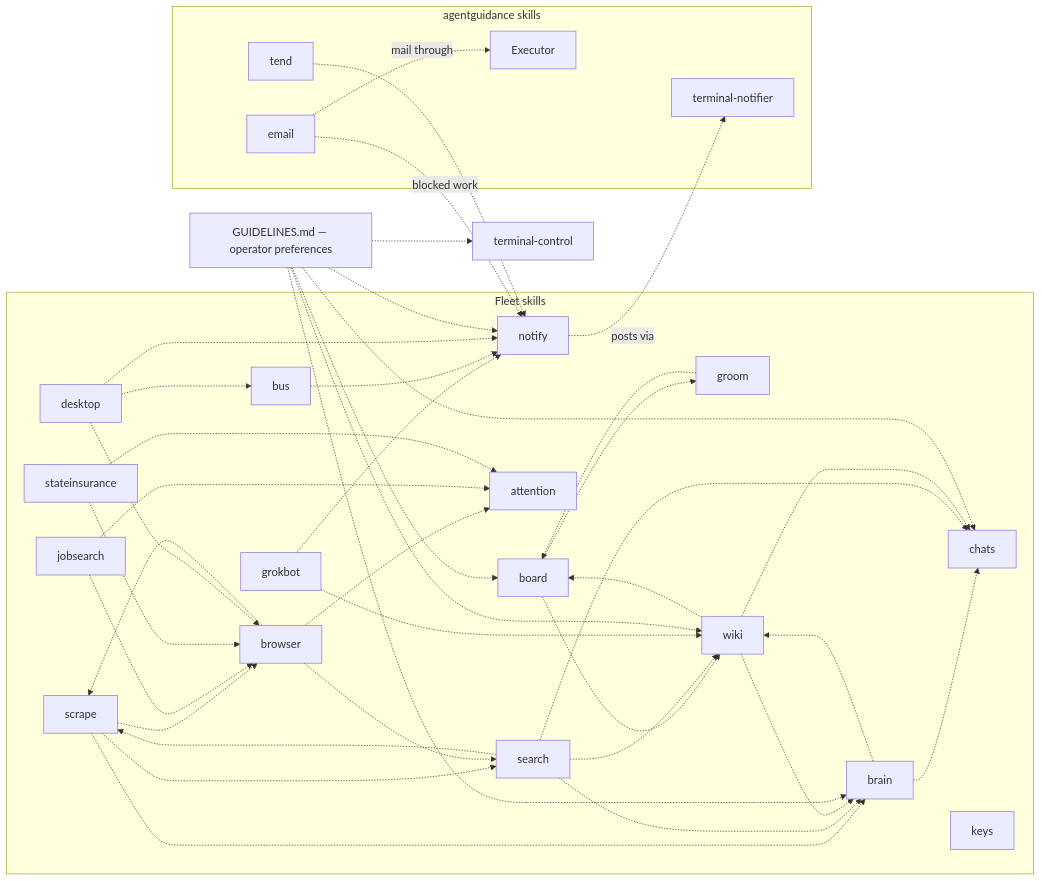
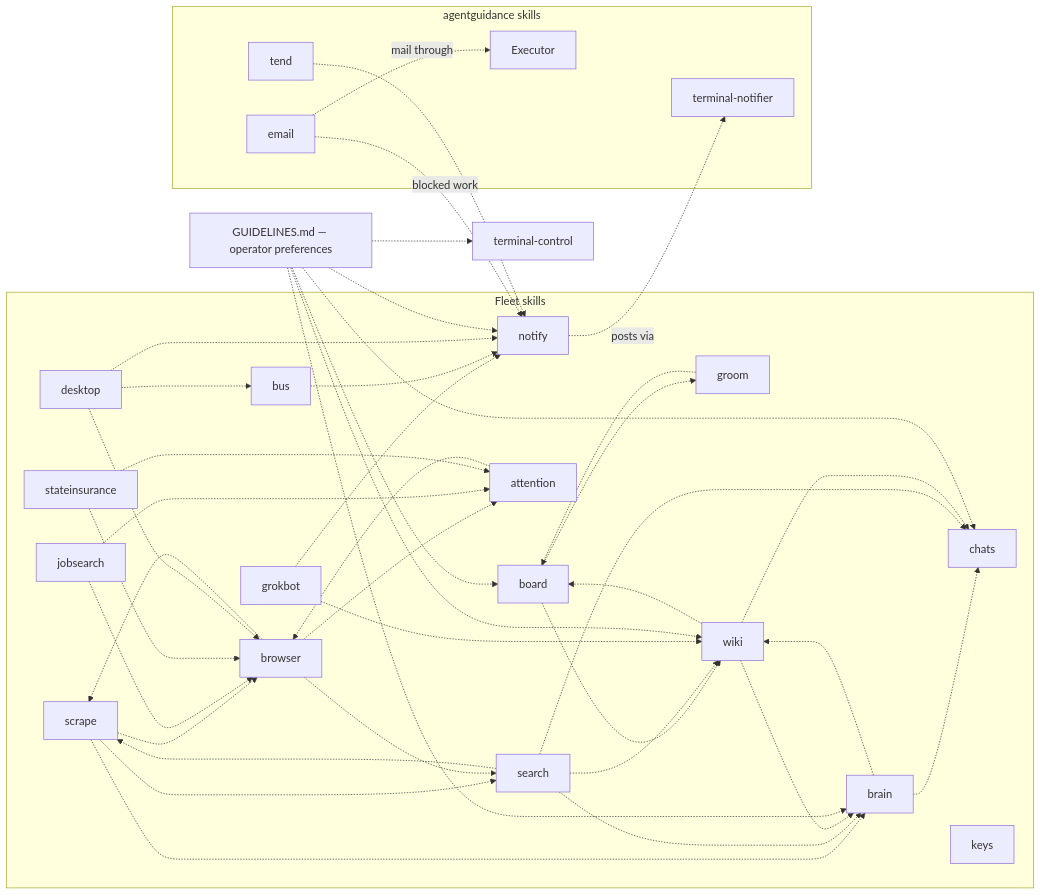
The third of 3 diagrams in skills/fleet/MAP.md (possibilities/agentstart), drawn with Mermaid before and after one commit. The commit also changed other lines of this file and 3 other files, not shown here.

````diff
--- a/skills/fleet/MAP.md
+++ b/skills/fleet/MAP.md
@@ -134,32 +134,32 @@
 ```mermaid
 flowchart LR
     subgraph fleetSkills [Fleet skills]
         board -.-> groom & wiki
         groom -.-> board
         brain -.-> chats & wiki
         scrape -.-> brain & browser & search
         search -.-> brain & chats & scrape & wiki
         browser -.-> attention & scrape & search
-        attention
+        attention -.-> browser
         jobsearch -.-> attention & browser
         stateinsurance -.-> attention & browser
         wiki -.-> board & brain & chats
         desktop -.-> browser & bus
         grokbot -.-> notify & wiki
         chats
         keys
         bus
     end
 
     subgraph guidanceSkills [agentguidance skills]
         notify -.->|posts via| notifierCli[terminal-notifier]
         email -.->|mail through| executor[Executor]
         email -.->|blocked work| notify
         tend[tend] -.-> notify
     end
 
     bus -.-> notify
     desktop -.-> notify
 
     guidelines[GUIDELINES.md — operator preferences] -.-> brain & chats & board & notify & wiki & terminalControl[terminal-control]
 ```
````
